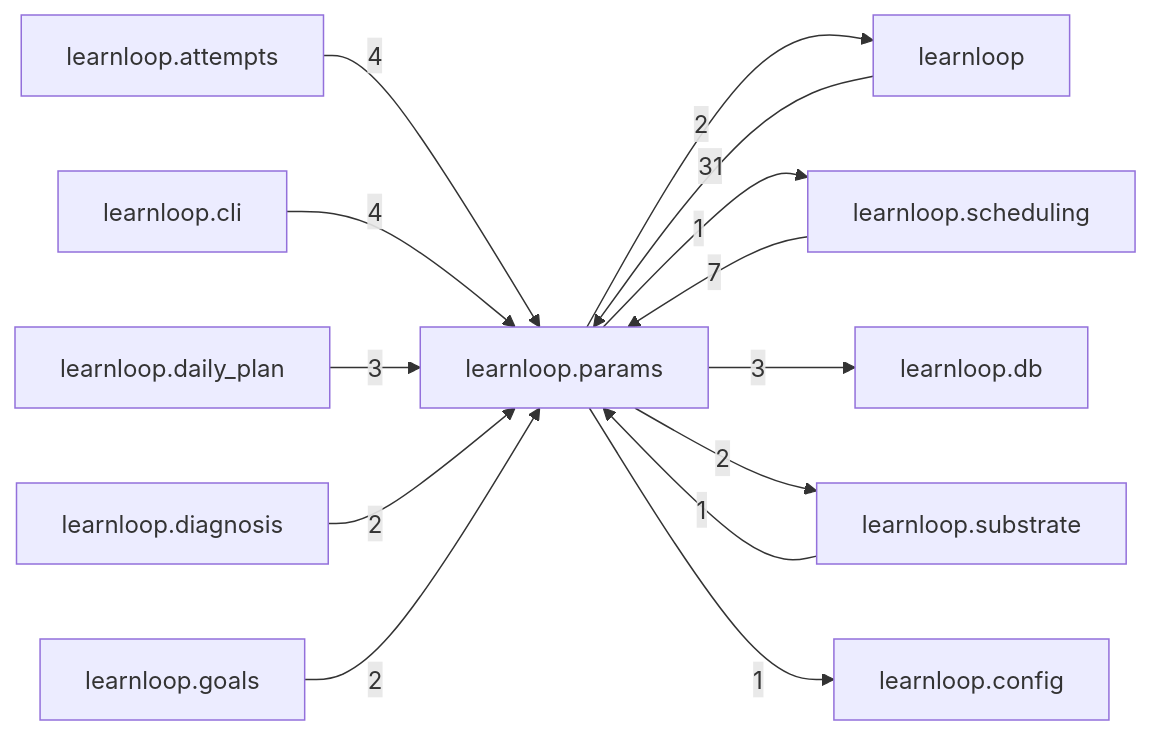
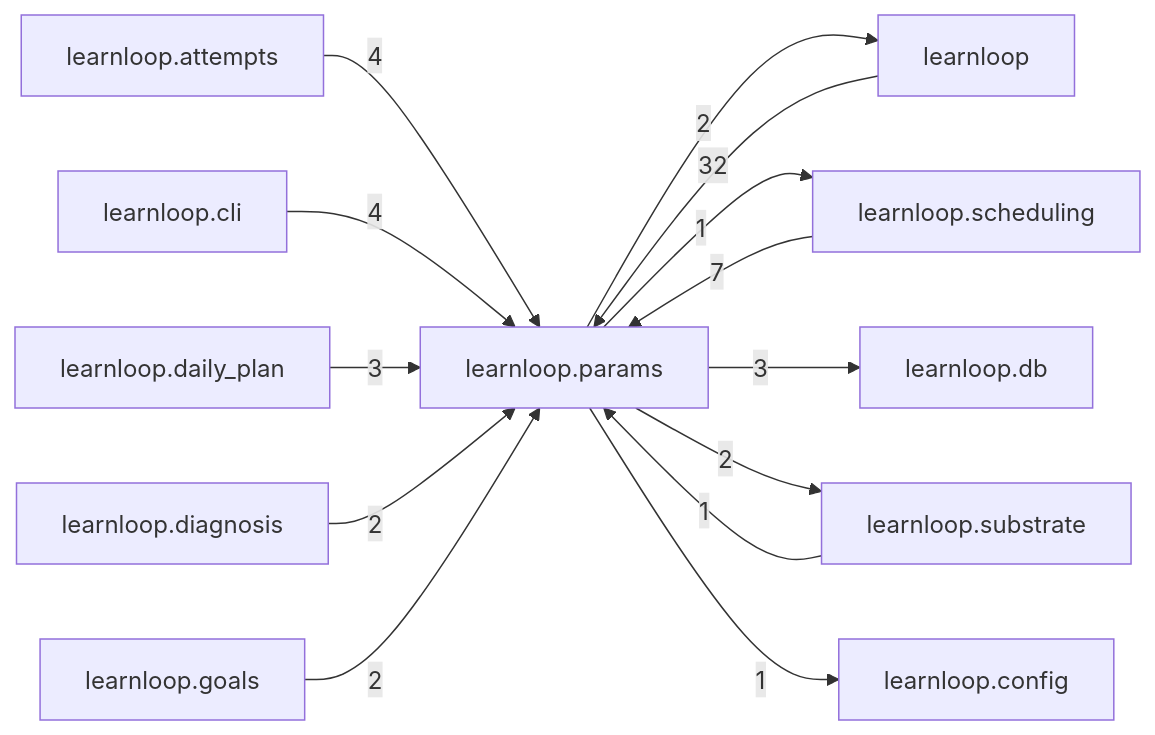
Before and after one commit to 6up-b/learnanything: the diagram in docs/learnloop-architecture-vault/Reference/Modules/learnloop/params/_package.md, drawn with Mermaid. The commit also changed other lines of this file and 616 other files, not shown here.

````diff
--- a/docs/learnloop-architecture-vault/Reference/Modules/learnloop/params/_package.md
+++ b/docs/learnloop-architecture-vault/Reference/Modules/learnloop/params/_package.md
@@ -89,27 +89,27 @@
 ```mermaid
 flowchart LR
     center["learnloop.params"]
     n_learnloop["learnloop"]
     n_learnloop_scheduling["learnloop.scheduling"]
     n_learnloop_attempts["learnloop.attempts"]
     n_learnloop_cli["learnloop.cli"]
     n_learnloop_daily_plan["learnloop.daily_plan"]
     n_learnloop_db["learnloop.db"]
     n_learnloop_substrate["learnloop.substrate"]
     n_learnloop_diagnosis["learnloop.diagnosis"]
     n_learnloop_goals["learnloop.goals"]
     n_learnloop_config["learnloop.config"]
-    n_learnloop -->|31| center
+    n_learnloop -->|32| center
     center -->|2| n_learnloop
     n_learnloop_scheduling -->|7| center
     center -->|1| n_learnloop_scheduling
     n_learnloop_attempts -->|4| center
     n_learnloop_cli -->|4| center
     n_learnloop_daily_plan -->|3| center
     center -->|3| n_learnloop_db
     n_learnloop_substrate -->|1| center
     center -->|2| n_learnloop_substrate
     n_learnloop_diagnosis -->|2| center
     n_learnloop_goals -->|2| center
     center -->|1| n_learnloop_config
 ```
````
